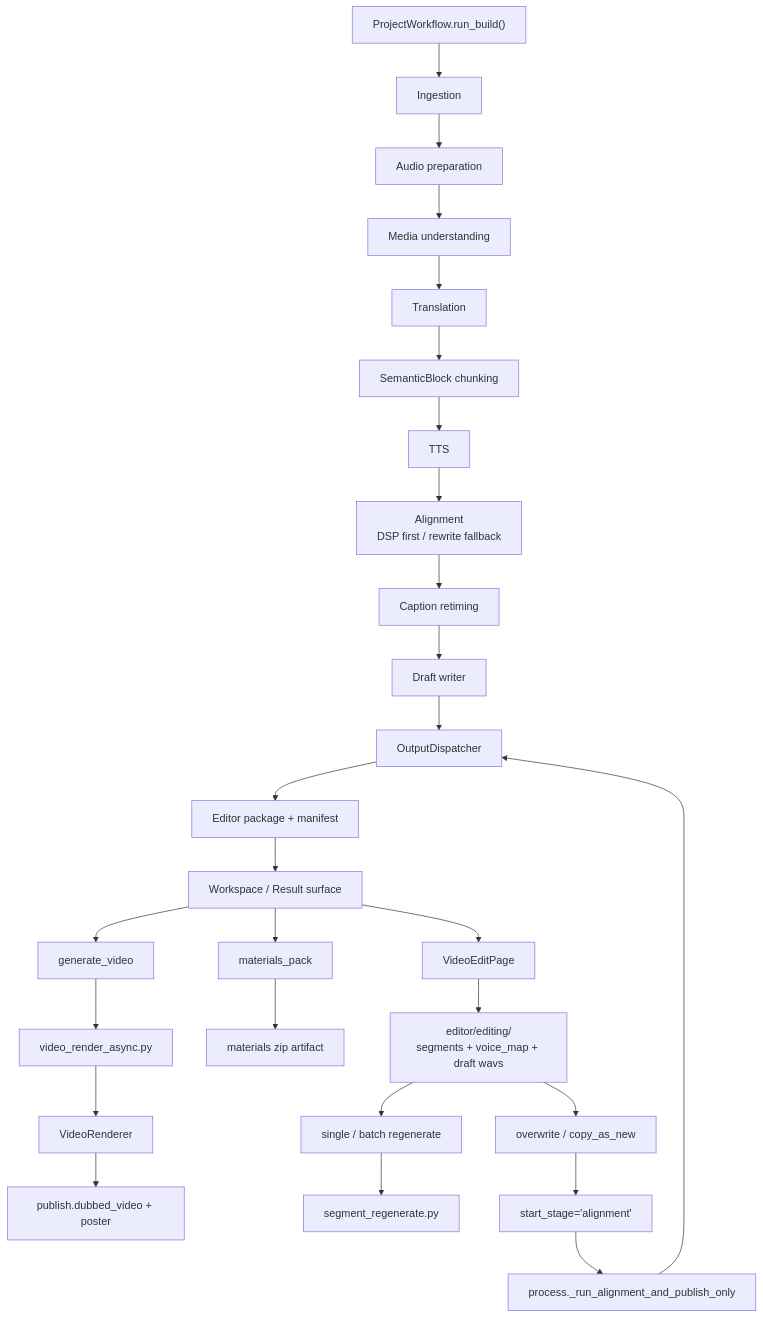
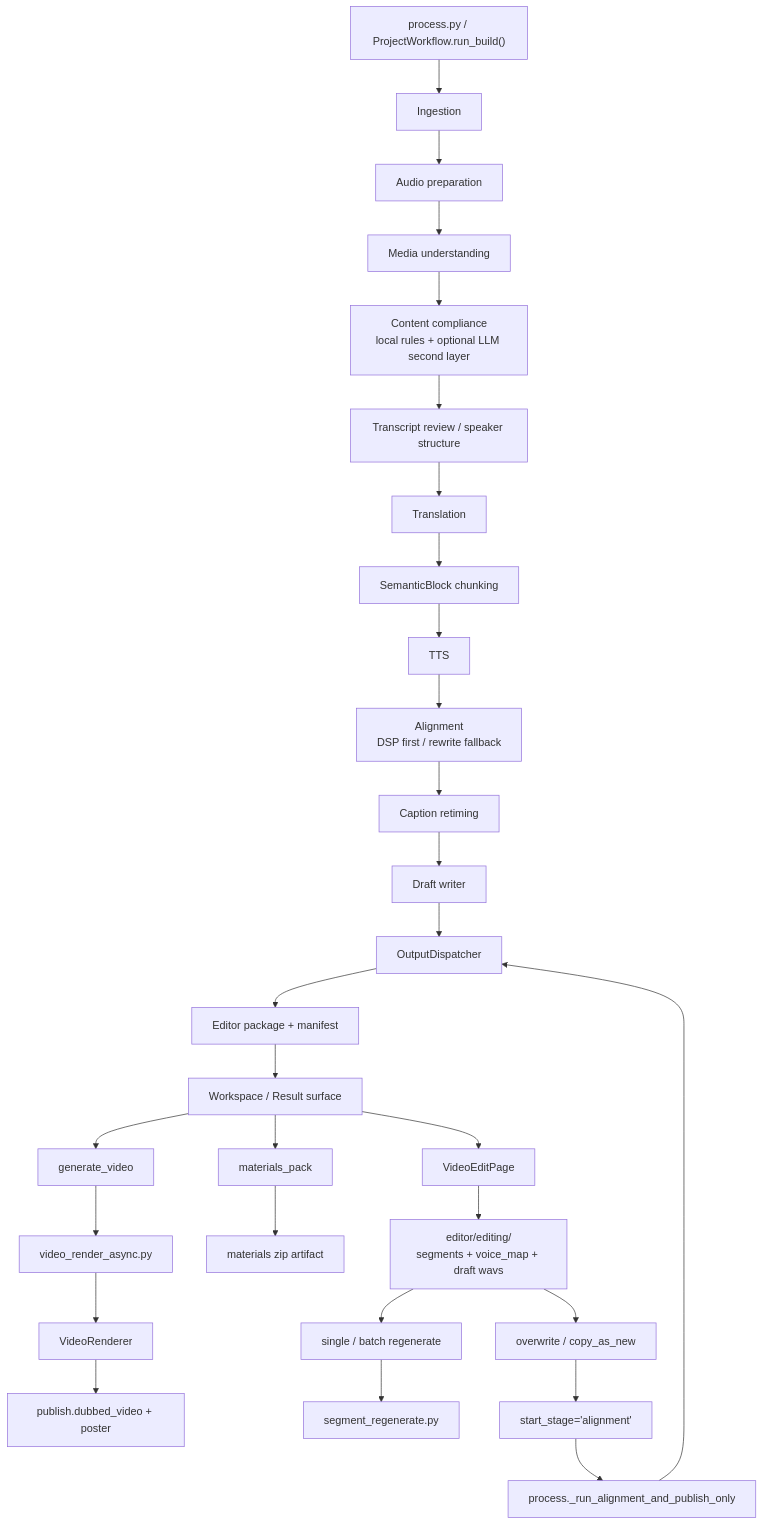
One commit to sun9bear/AITransVideo changed the diagram in docs/graphs/GITNEXUS_WORKFLOW_CORE_GRAPH.md. Above: the diagram before and after it, drawn with Mermaid. The commit also changed other lines of this file and 6 other files, not shown here.

Commit message:
docs(graphs): refresh GitNexus graphs to 1934901

````diff
--- a/docs/graphs/GITNEXUS_WORKFLOW_CORE_GRAPH.md
+++ b/docs/graphs/GITNEXUS_WORKFLOW_CORE_GRAPH.md
@@ -17,33 +18,35 @@
 ```mermaid
 graph TD
-    Entry["ProjectWorkflow.run_build()"] --> Ingestion["Ingestion"]
+    Entry["process.py / ProjectWorkflow.run_build()"] --> Ingestion["Ingestion"]
     Ingestion --> AudioPrep["Audio preparation"]
     AudioPrep --> Media["Media understanding"]
-    Media --> Translation["Translation"]
+    Media --> Compliance["Content compliance<br/>local rules + optional LLM second layer"]
+    Compliance --> TranscriptReview["Transcript review / speaker structure"]
+    TranscriptReview --> Translation["Translation"]
     Translation --> Chunking["SemanticBlock chunking"]
     Chunking --> TTS["TTS"]
     TTS --> Alignment["Alignment<br/>DSP first / rewrite fallback"]
     Alignment --> Retiming["Caption retiming"]
     Retiming --> Draft["Draft writer"]
     Draft --> Dispatcher["OutputDispatcher"]
     Dispatcher --> Editor["Editor package + manifest"]
 
     Editor --> Workspace["Workspace / Result surface"]
     Workspace --> PackTask["materials_pack"]
     Workspace --> VideoTask["generate_video"]
     Workspace --> EditPage["VideoEditPage"]
 
     VideoTask --> RenderAsync["video_render_async.py"]
     RenderAsync --> Renderer["VideoRenderer"]
     Renderer --> PublishVideo["publish.dubbed_video + poster"]
 
     PackTask --> PackZip["materials zip artifact"]
 
     EditPage --> Editing["editor/editing/<br/>segments + voice_map + draft wavs"]
     Editing --> SingleRegen["single / batch regenerate"]
     SingleRegen --> SegmentRegen["segment_regenerate.py"]
     Editing --> Commit["overwrite / copy_as_new"]
     Commit --> Resume["start_stage='alignment'"]
     Resume --> AlignmentOnly["process._run_alignment_and_publish_only"]
     AlignmentOnly --> Dispatcher
 ```
````
